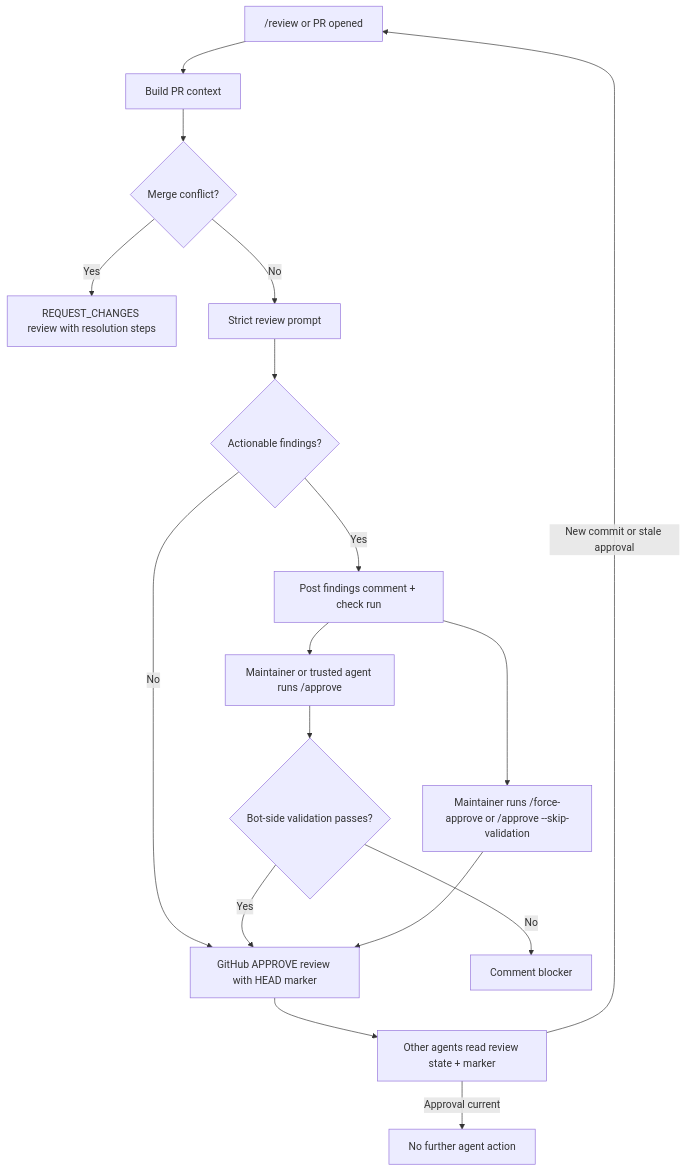
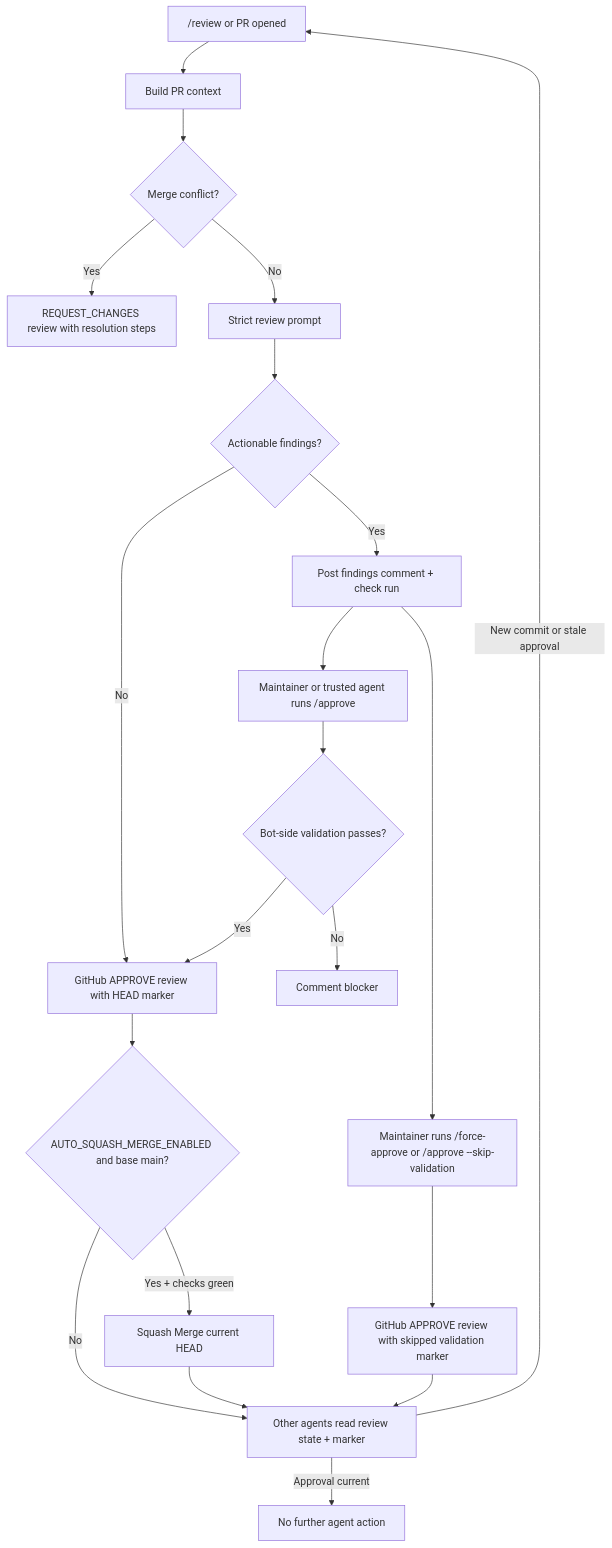
Before and after one commit to seorilabs/gemini-pr-bot: the second of 4 diagrams in README.md, drawn with Mermaid. The commit also changed other lines of this file and 5 other files, not shown here.

Commit message:
Seori 승인 후 main PR 자동 Squash Merge 추가

````diff
--- a/README.md
+++ b/README.md
@@ -75,19 +76,23 @@
 ```mermaid
 flowchart TD
   Review["/review or PR opened"] --> Context["Build PR context"]
   Context --> Conflict{"Merge conflict?"}
   Conflict -->|Yes| RequestChanges["REQUEST_CHANGES review with resolution steps"]
   Conflict -->|No| AI["Strict review prompt"]
   AI --> Decision{"Actionable findings?"}
   Decision -->|Yes| Output["Post findings comment + check run"]
   Decision -->|No| Approval["GitHub APPROVE review with HEAD marker"]
   Output --> Approve["Maintainer or trusted agent runs /approve"]
   Approve --> Validation{"Bot-side validation passes?"}
   Validation -->|Yes| Approval
   Validation -->|No| Block["Comment blocker"]
   Output --> ForceApprove["Maintainer runs /force-approve or /approve --skip-validation"]
-  ForceApprove --> Approval
-  Approval --> Agent["Other agents read review state + marker"]
+  ForceApprove --> ForceApproval["GitHub APPROVE review with skipped validation marker"]
+  Approval --> AutoMerge{"AUTO_SQUASH_MERGE_ENABLED and base main?"}
+  AutoMerge -->|Yes + checks green| Squash["Squash Merge current HEAD"]
+  AutoMerge -->|No| Agent
+  Squash --> Agent
+  ForceApproval --> Agent["Other agents read review state + marker"]
   Agent -->|Approval current| Stop["No further agent action"]
   Agent -->|New commit or stale approval| Review
 ```
````
